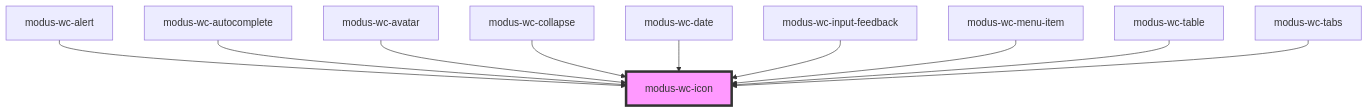
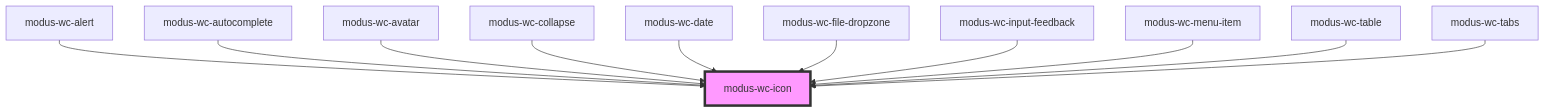
The diagram in src/components/modus-wc-icon/readme.md (trimble-oss/modus-wc-2.0), drawn with Mermaid before and after one commit. The commit also changed other lines of this file and 11 other files, not shown here.

````diff
--- a/src/components/modus-wc-icon/readme.md
+++ b/src/components/modus-wc-icon/readme.md
@@ -40,13 +41,14 @@
 ```mermaid
 graph TD;
   modus-wc-alert --> modus-wc-icon
   modus-wc-autocomplete --> modus-wc-icon
   modus-wc-avatar --> modus-wc-icon
   modus-wc-collapse --> modus-wc-icon
   modus-wc-date --> modus-wc-icon
+  modus-wc-file-dropzone --> modus-wc-icon
   modus-wc-input-feedback --> modus-wc-icon
   modus-wc-menu-item --> modus-wc-icon
   modus-wc-table --> modus-wc-icon
   modus-wc-tabs --> modus-wc-icon
   style modus-wc-icon fill:#f9f,stroke:#333,stroke-width:4px
 ```
````
